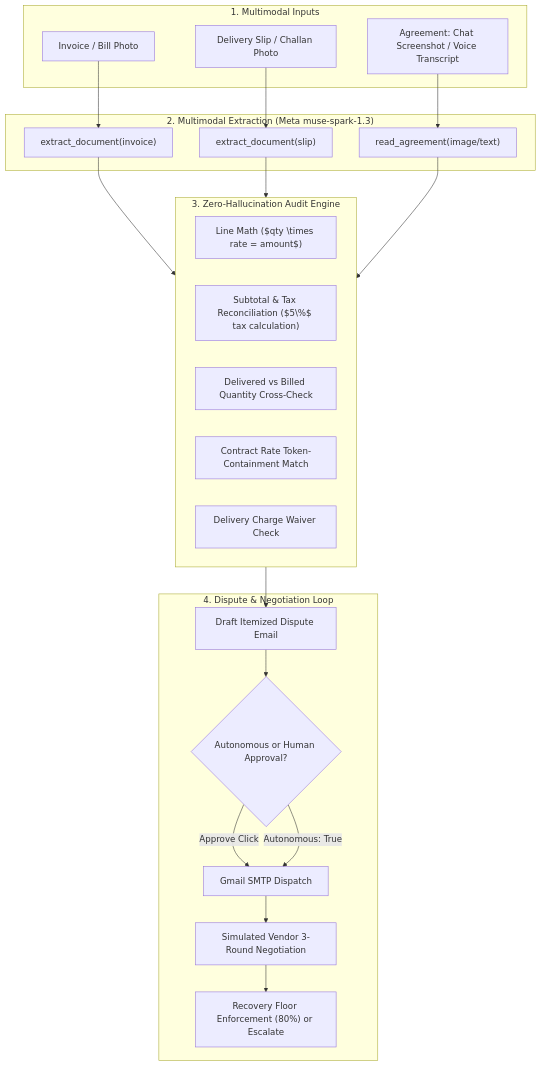
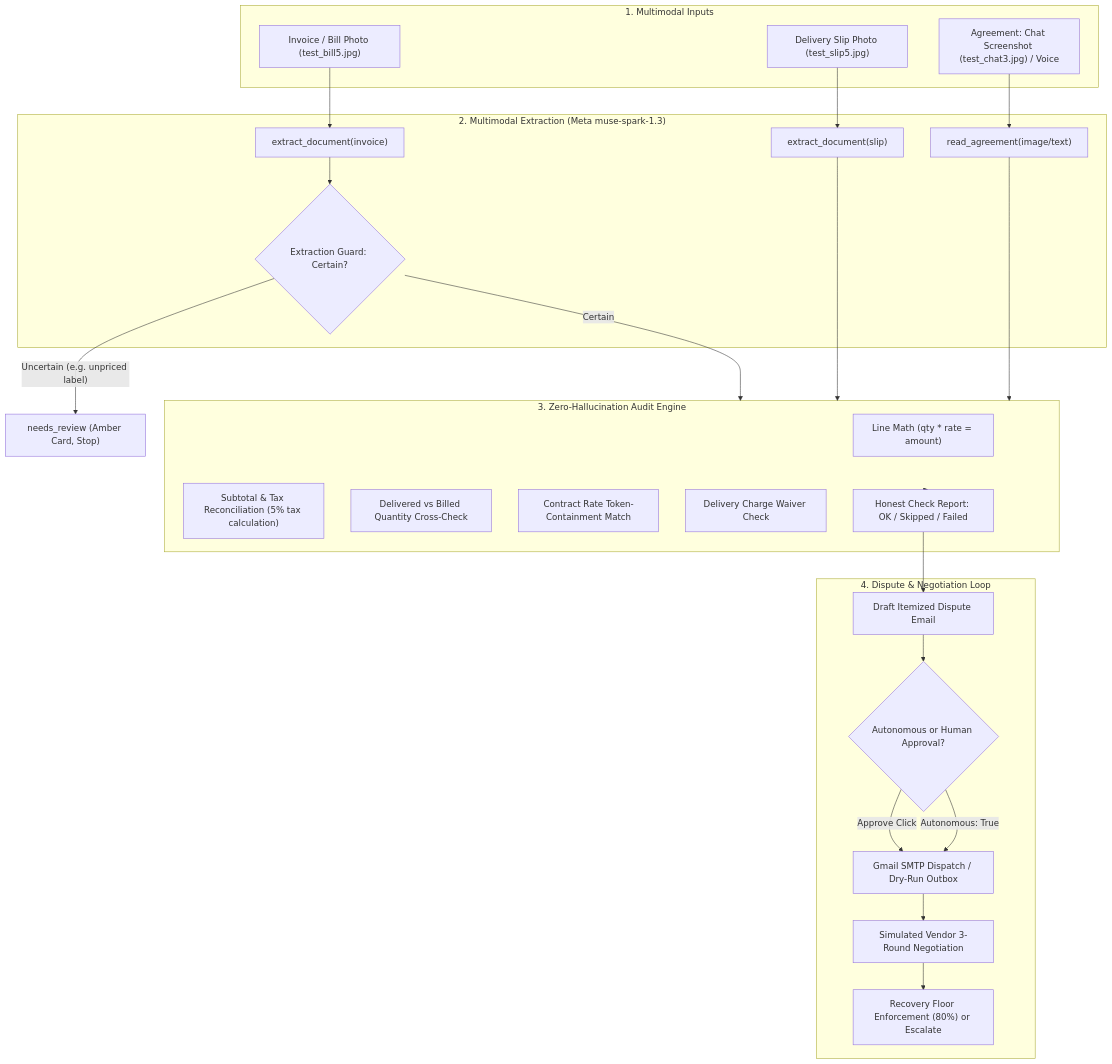
The diagram in README.md (Manasa-L-Hegde/billback), drawn with Mermaid before and after one commit. The commit also changed other lines of this file and 18 other files, not shown here.

````diff
--- a/README.md
+++ b/README.md
@@ -9,45 +9,50 @@
 ```mermaid
 flowchart TD
     subgraph Inputs ["1. Multimodal Inputs"]
-        A1[Invoice / Bill Photo]
-        A2[Delivery Slip / Challan Photo]
-        A3[Agreement: Chat Screenshot / Voice Transcript]
+        A1["Invoice / Bill Photo (test_bill5.jpg)"]
+        A2["Delivery Slip Photo (test_slip5.jpg)"]
+        A3["Agreement: Chat Screenshot (test_chat3.jpg) / Voice"]
     end
 
     subgraph Extraction ["2. Multimodal Extraction (Meta muse-spark-1.3)"]
         B1["extract_document(invoice)"]
         B2["extract_document(slip)"]
         B3["read_agreement(image/text)"]
+        BG{"Extraction Guard: Certain?"}
     end
 
     subgraph Audit ["3. Zero-Hallucination Audit Engine"]
-        C1["Line Math ($qty \times rate = amount$)"]
-        C2["Subtotal & Tax Reconciliation ($5\%$ tax calculation)"]
+        C1["Line Math (qty * rate = amount)"]
+        C2["Subtotal & Tax Reconciliation (5% tax calculation)"]
         C3["Delivered vs Billed Quantity Cross-Check"]
         C4["Contract Rate Token-Containment Match"]
         C5["Delivery Charge Waiver Check"]
+        CH["Honest Check Report: OK / Skipped / Failed"]
     end
 
     subgraph Resolution ["4. Dispute & Negotiation Loop"]
         D1["Draft Itemized Dispute Email"]
         D2{"Autonomous or Human Approval?"}
-        D3["Gmail SMTP Dispatch"]
+        D3["Gmail SMTP Dispatch / Dry-Run Outbox"]
         D4["Simulated Vendor 3-Round Negotiation"]
         D5["Recovery Floor Enforcement (80%) or Escalate"]
     end
 
     A1 --> B1
     A2 --> B2
     A3 --> B3
 
-    B1 --> Audit
+    B1 --> BG
+    BG -- "Uncertain (e.g. unpriced label)" --> NR["needs_review (Amber Card, Stop)"]
+    BG -- "Certain" --> Audit
     B2 --> Audit
     B3 --> Audit
 
-    Audit --> D1
+    Audit --> CH
+    CH --> D1
     D1 --> D2
     D2 -- "Approve Click" --> D3
     D2 -- "Autonomous: True" --> D3
     D3 --> D4
     D4 --> D5
 ```
````
